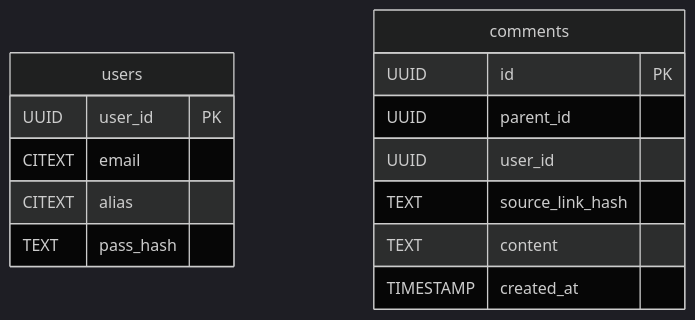
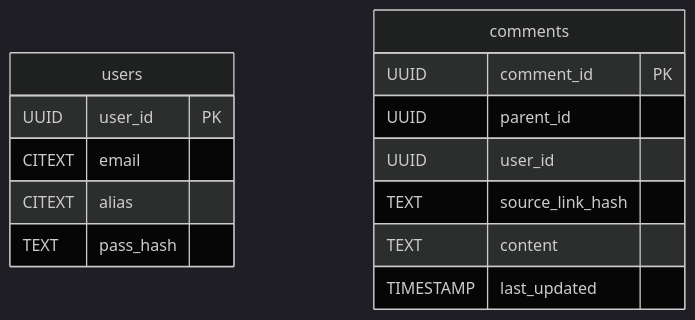
The first of 5 diagrams in Architecture.md (LKBotond/VoxPopuli), drawn with Mermaid (dark theme) before and after one commit. The commit also changed other lines of this file and 9 other files, not shown here.

Commit message:
updated readme.md to be more coherent. updated Architecture.md to be in line with the logic flow

````diff
--- a/Architecture.md
+++ b/Architecture.md
@@ -5,18 +6,18 @@
 ```mermaid
 erDiagram
     users {
         UUID user_id PK
         CITEXT email
         CITEXT alias
         TEXT pass_hash
     }
     comments {
-        UUID id PK
+        UUID comment_id PK
         UUID parent_id
         UUID user_id
         TEXT source_link_hash
         TEXT content
-        TIMESTAMP created_at
+        TIMESTAMP last_updated
     }
 
 ```
````
